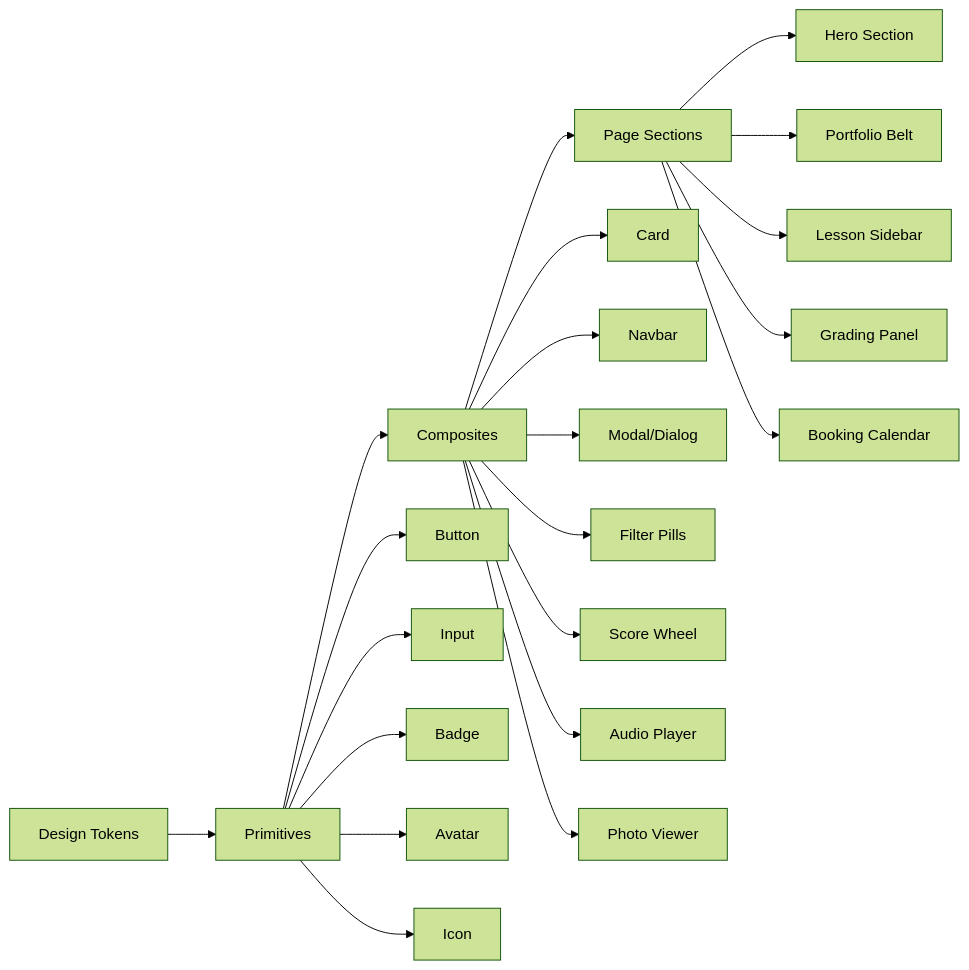
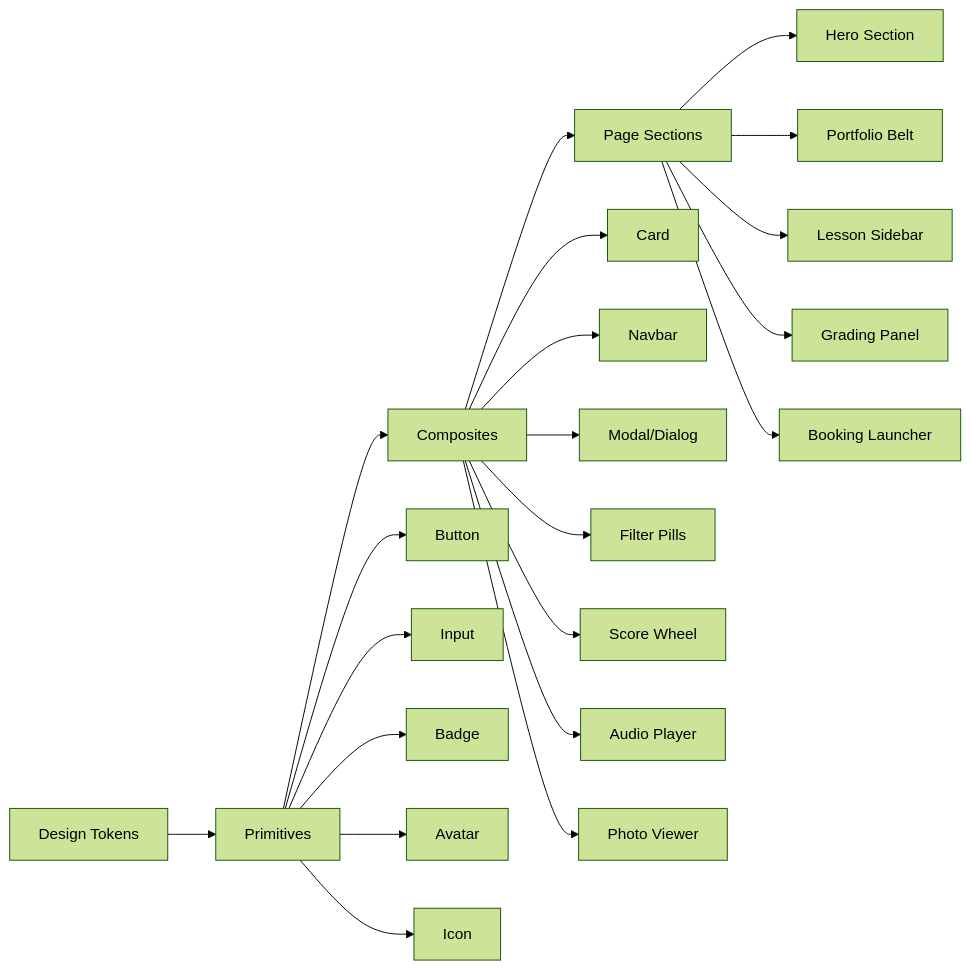
Before and after one commit to kal038/nhuthungfoto: the second of 2 diagrams in .agent/design-system/nhuthungfoto/MASTER.md, drawn with Mermaid (forest theme). The commit also changed other lines of this file and 56 other files, not shown here.

````diff
--- a/.agent/design-system/nhuthungfoto/MASTER.md
+++ b/.agent/design-system/nhuthungfoto/MASTER.md
@@ -396,26 +406,26 @@
 ```mermaid
 graph LR
     A[Design Tokens] --> B[Primitives]
     B --> C[Composites]
     C --> D[Page Sections]
     
     B --> B1["Button"]
     B --> B2["Input"]
     B --> B3["Badge"]
     B --> B4["Avatar"]
     B --> B5["Icon"]
     
     C --> C1["Card"]
     C --> C2["Navbar"]
     C --> C3["Modal/Dialog"]
     C --> C4["Filter Pills"]
     C --> C5["Score Wheel"]
     C --> C6["Audio Player"]
     C --> C7["Photo Viewer"]
     
     D --> D1["Hero Section"]
     D --> D2["Portfolio Belt"]
     D --> D3["Lesson Sidebar"]
     D --> D4["Grading Panel"]
-    D --> D5["Booking Calendar"]
+    D --> D5["Booking Launcher"]
 ```
````
